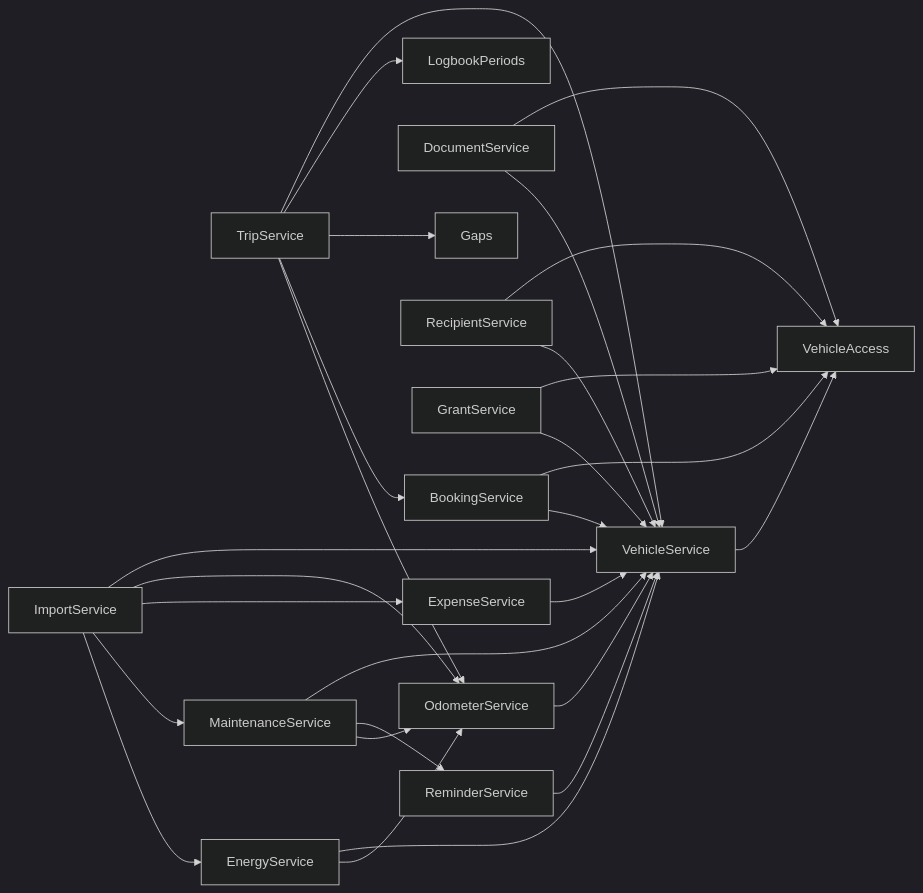
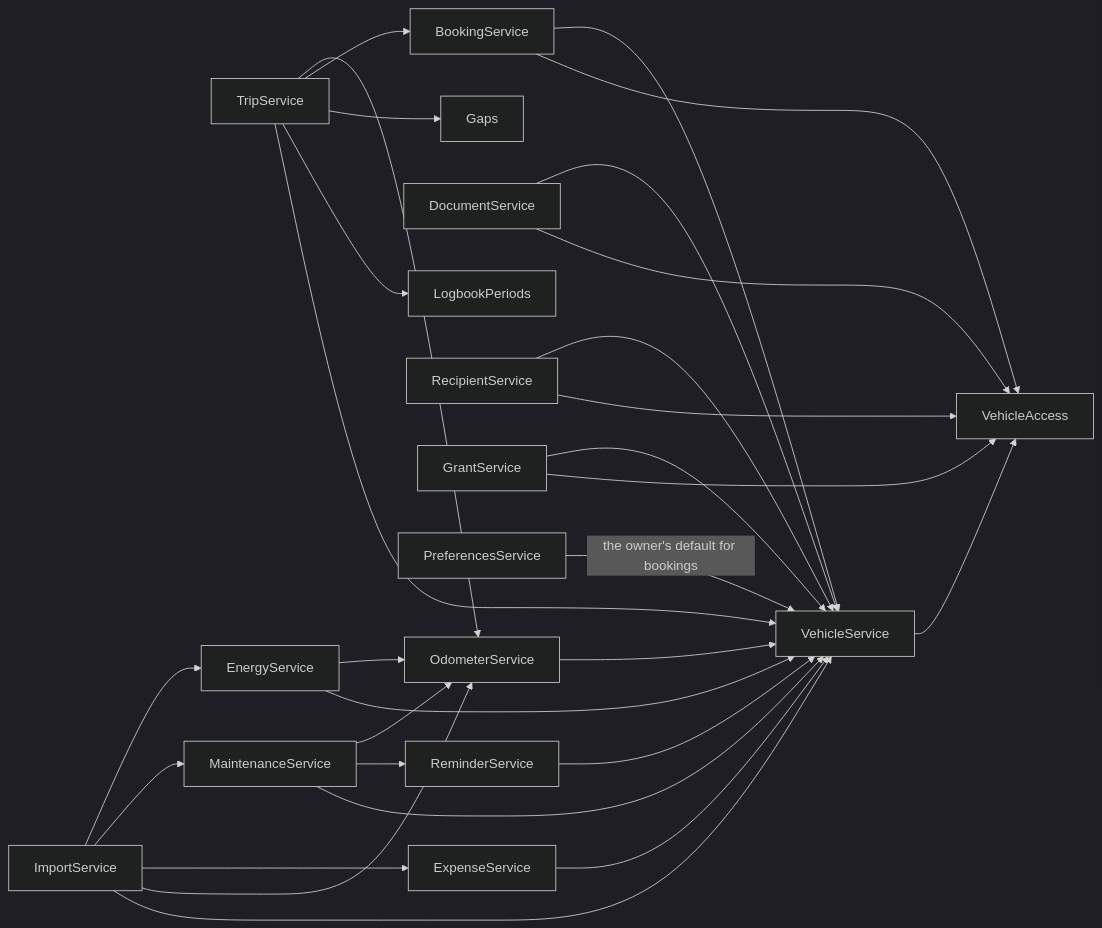
Before and after one commit to typical42/next-fleet: the third of 11 diagrams in docs/design/components.md, drawn with Mermaid (dark theme). The commit also changed 136 other files, not shown here.

````diff
--- a/docs/design/components.md
+++ b/docs/design/components.md
@@ -92,25 +92,27 @@
 ```mermaid
 flowchart LR
     Trip["TripService"]
     Energy["EnergyService"]
     Maintenance["MaintenanceService"]
     Expense["ExpenseService"]
     ImportSvc["ImportService"]
     Booking["BookingService"]
     Document["DocumentService"]
     Reminder["ReminderService"]
     Recipient["RecipientService"]
     Grant["GrantService"]
+    Preferences["PreferencesService"]
     Odometer["OdometerService"]
     Vehicle["VehicleService"]
     Access["VehicleAccess"]
     Gaps["Gaps"]
     Periods["LogbookPeriods"]
     ImportSvc --> Energy & Maintenance & Expense
     Trip & Energy & Maintenance & ImportSvc --> Odometer
     Trip --> Booking & Gaps & Periods
     Maintenance --> Reminder
     Trip & Energy & Maintenance & Expense & ImportSvc & Booking & Document & Reminder & Recipient & Grant & Odometer --> Vehicle
+    Preferences -->|the owner's default for bookings| Vehicle
     Vehicle --> Access
     Booking & Document & Recipient & Grant --> Access
 ```
````
